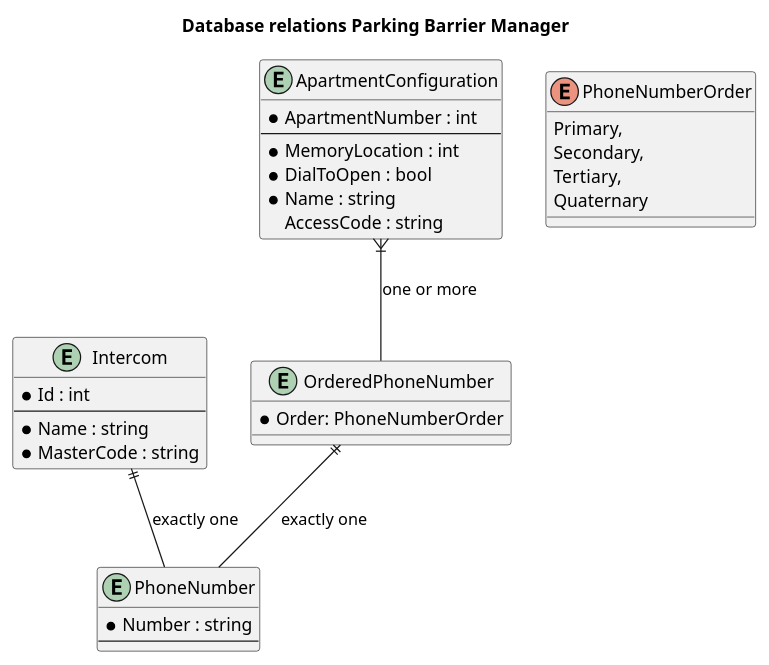
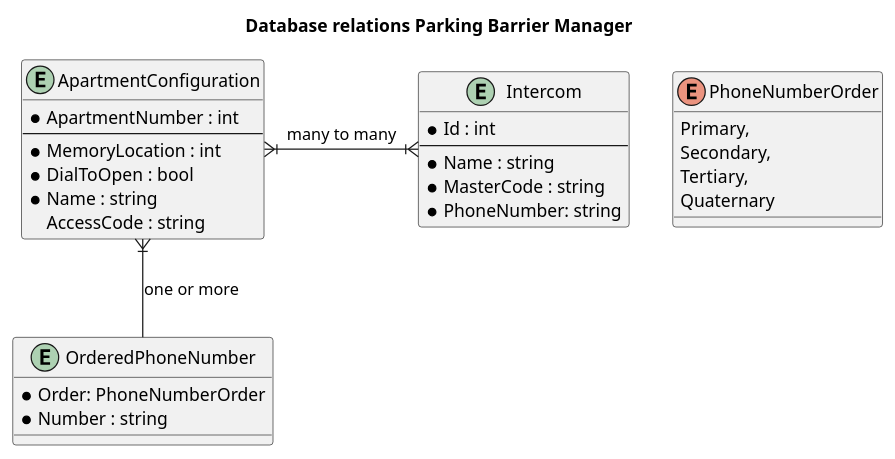
The diagram in doc/Database.plantuml (WilbertOnGithub/ParkingBarrierManager), drawn with PlantUML before and after one commit.

Commit message:
Update DB documentation

```diff
--- a/doc/Database.plantuml
+++ b/doc/Database.plantuml
@@ -1,47 +1,43 @@
 @startuml
 title
 	Database relations Parking Barrier Manager
 end title
 
 entity Intercom
 {
     * Id : int
     --
 	* Name : string
 	* MasterCode : string
-}
-
-entity PhoneNumber
-{
-	* Number : string
-	--
+	* PhoneNumber: string
 }
 
 entity OrderedPhoneNumber
 {
     * Order: PhoneNumberOrder
+	* Number : string
 }
 
 entity ApartmentConfiguration
 {
 	* ApartmentNumber : int
 	--
 	* MemoryLocation : int
 	* DialToOpen : bool
 	* Name : string
 	AccessCode : string
 }
 
 enum PhoneNumberOrder
 {
     Primary,
     Secondary,
     Tertiary,
     Quaternary
 }
 
-Intercom ||-- PhoneNumber : exactly one
 ApartmentConfiguration }|-- OrderedPhoneNumber : one or more
-OrderedPhoneNumber ||-- PhoneNumber: exactly one
+ApartmentConfiguration }|-|{ Intercom : many to many
+
 
 @enduml
```
